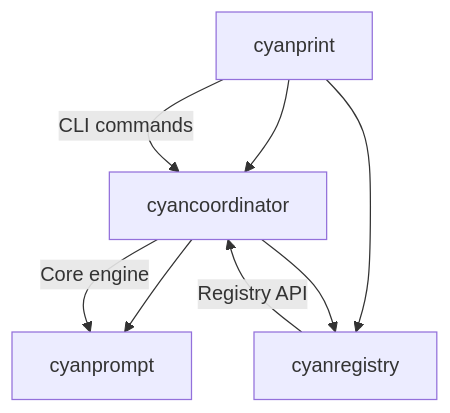
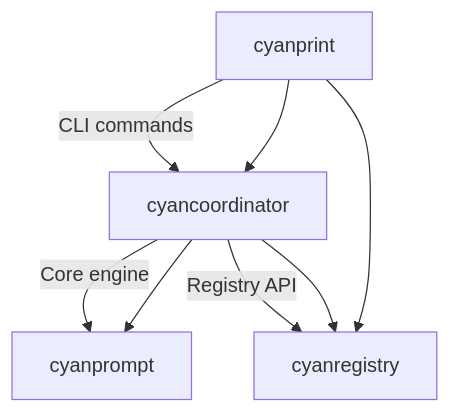
One commit to AtomiCloud/sulfone.iridium changed the third of 5 diagrams in docs/developer/02-architecture.md. Above: the diagram before and after it, drawn with Mermaid. The commit also changed 22 other files, not shown here.

````diff
--- a/docs/developer/02-architecture.md
+++ b/docs/developer/02-architecture.md
@@ -127,12 +127,12 @@
 ```mermaid
 flowchart TD
     CP[cyanprint] --> CC[cyancoordinator]
     CP --> CR[cyanregistry]
 
     CC --> CPROM[cyanprompt]
     CC --> CR
 
-    CP[cyanprint] -->|CLI commands| CC
+    CP -->|CLI commands| CC
     CC -->|Core engine| CPROM
-    CR -->|Registry API| CC
+    CC -->|Registry API| CR
 ```
````
